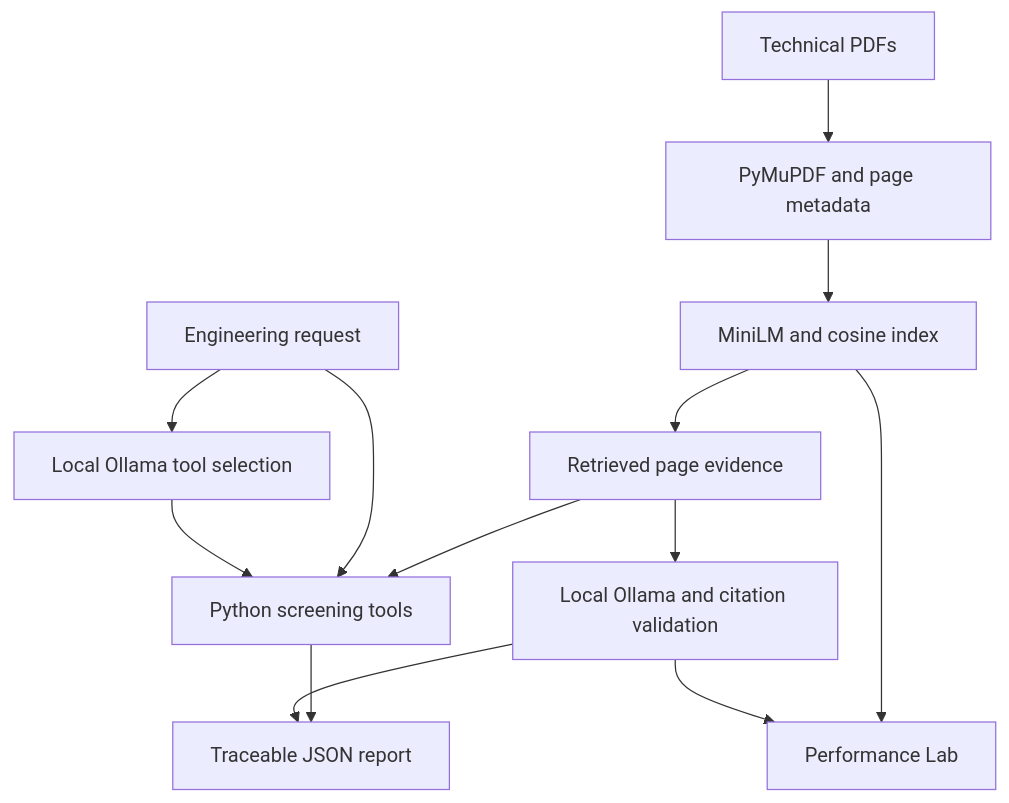
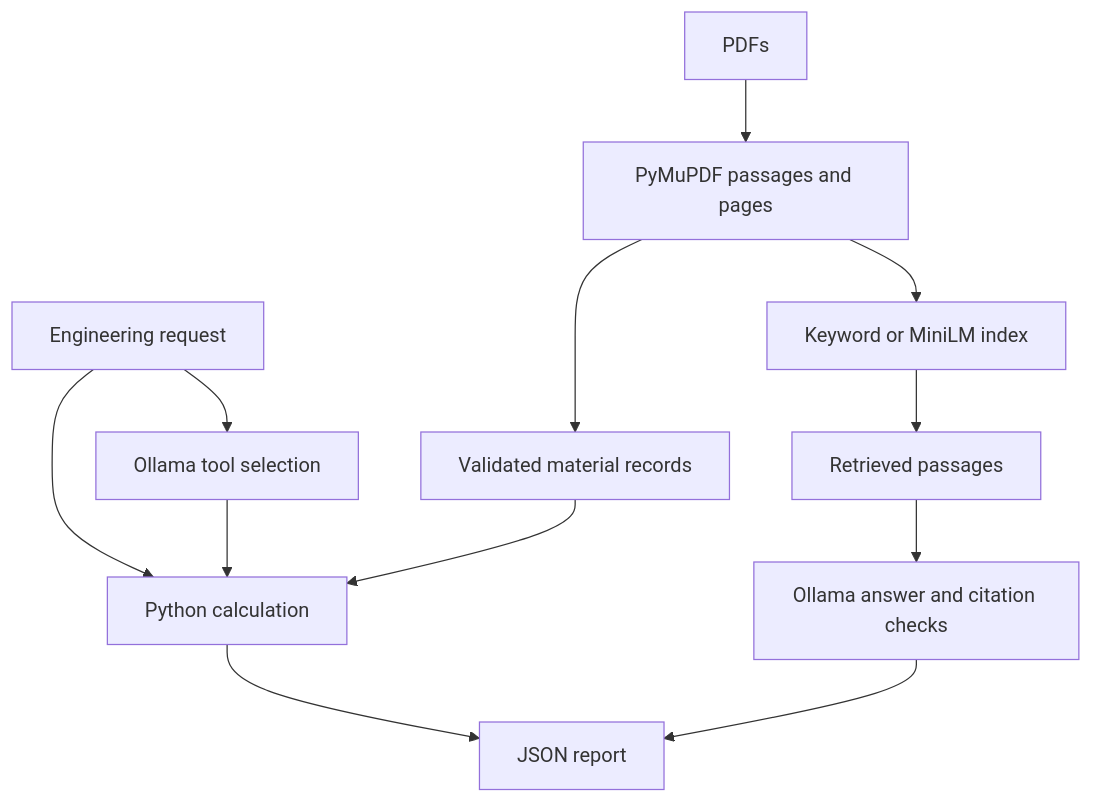
The diagram in README.md (harasees08/ForgeAI), drawn with Mermaid before and after one commit. The commit also changed other lines of this file and 9 other files, not shown here.

Commit message:
Finalize ForgeAI MVP with GPU validation and technical documentation

````diff
--- a/README.md
+++ b/README.md
@@ -23,15 +49,14 @@
 ```mermaid
 flowchart TD
-    PDF["Technical PDFs"] --> Parse["PyMuPDF and page metadata"]
-    Parse --> Index["MiniLM and cosine index"]
-    Index --> Evidence["Retrieved page evidence"]
-    Evidence --> Answer["Local Ollama and citation validation"]
-    Evidence --> Calc["Python screening tools"]
-    Prompt["Engineering request"] --> Plan["Local Ollama tool selection"]
-    Prompt --> Calc
+    PDF["PDFs"] --> Parse["PyMuPDF passages and pages"]
+    Parse --> Index["Keyword or MiniLM index"]
+    Index --> Evidence["Retrieved passages"]
+    Evidence --> Answer["Ollama answer and citation checks"]
+    Parse --> Properties["Validated material records"]
+    Request["Engineering request"] --> Plan["Ollama tool selection"]
+    Request --> Calc["Python calculation"]
     Plan --> Calc
-    Calc --> Report["Traceable JSON report"]
+    Properties --> Calc
+    Calc --> Report["JSON report"]
     Answer --> Report
-    Index --> Lab["Performance Lab"]
-    Answer --> Lab
 ```
````
